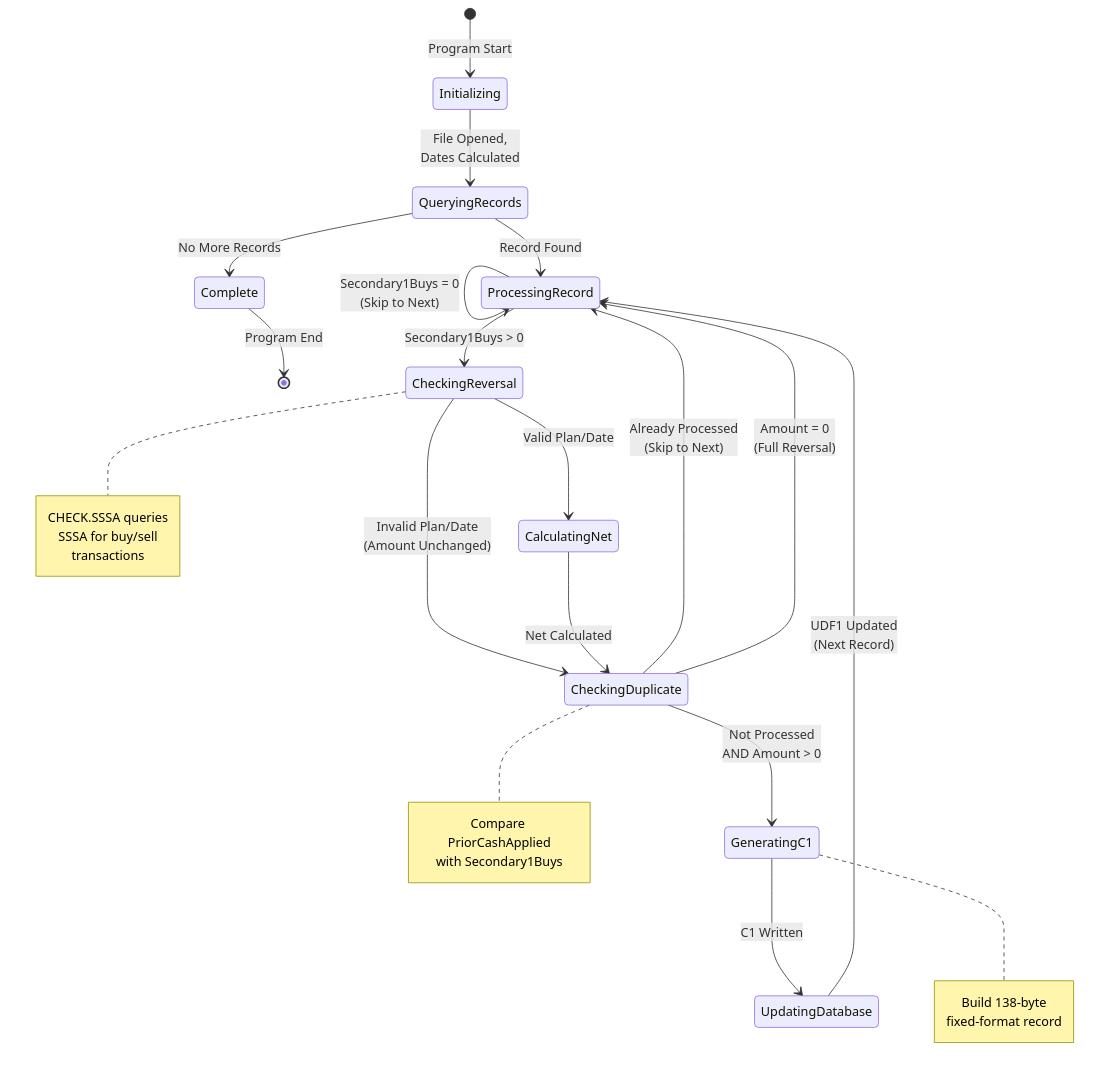
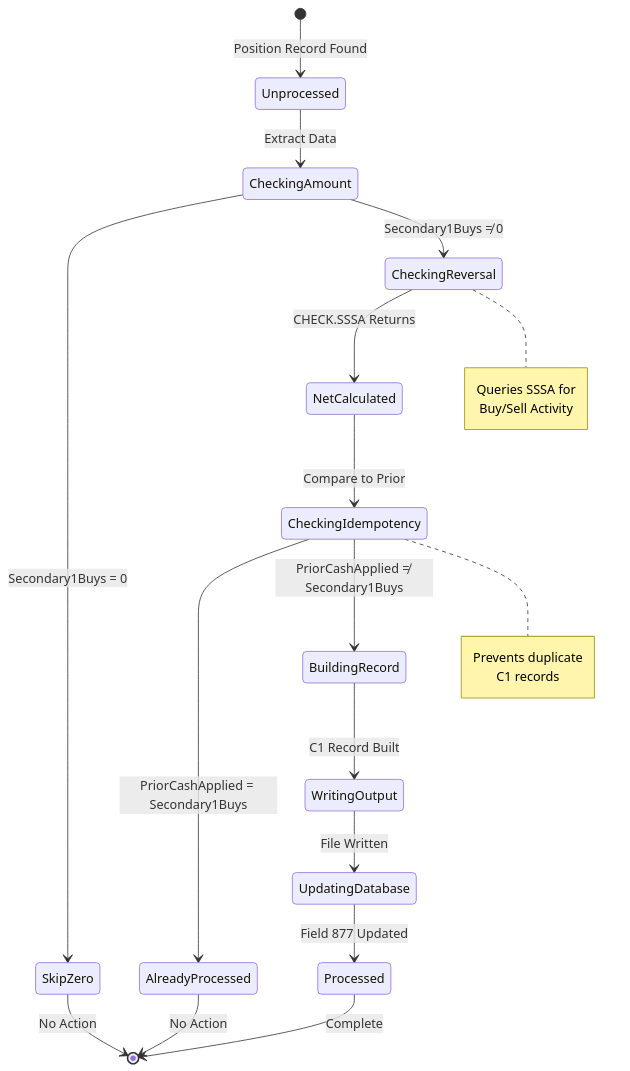
The fourth of 12 diagrams in omniscript-documentation/santized/GAP_NewLoanCash/GAP_NewLoanCash_DIAGRAMS.md (danismith-slalom1/bokf-poc), drawn with Mermaid before and after one commit. The commit also changed other lines of this file and 12 other files, not shown here.

````diff
--- a/omniscript-documentation/santized/GAP_NewLoanCash/GAP_NewLoanCash_DIAGRAMS.md
+++ b/omniscript-documentation/santized/GAP_NewLoanCash/GAP_NewLoanCash_DIAGRAMS.md
@@ -49,43 +123,32 @@
 ```mermaid
 stateDiagram-v2
-    [*] --> Initializing: Program Start
+    [*] --> Unprocessed: Position Record Found
     
-    Initializing --> QueryingRecords: File Opened,<br/>Dates Calculated
+    Unprocessed --> CheckingAmount: Extract Data
+    CheckingAmount --> SkipZero: Secondary1Buys = 0
+    CheckingAmount --> CheckingReversal: Secondary1Buys ≠ 0
     
-    QueryingRecords --> ProcessingRecord: Record Found
-    QueryingRecords --> Complete: No More Records
+    CheckingReversal --> NetCalculated: CHECK.SSSA Returns
     
-    ProcessingRecord --> CheckingReversal: Secondary1Buys > 0
-    ProcessingRecord --> ProcessingRecord: Secondary1Buys = 0<br/>(Skip to Next)
+    NetCalculated --> CheckingIdempotency: Compare to Prior
+    CheckingIdempotency --> AlreadyProcessed: PriorCashApplied = Secondary1Buys
+    CheckingIdempotency --> BuildingRecord: PriorCashApplied ≠ Secondary1Buys
     
-    CheckingReversal --> CalculatingNet: Valid Plan/Date
-    CheckingReversal --> CheckingDuplicate: Invalid Plan/Date<br/>(Amount Unchanged)
+    BuildingRecord --> WritingOutput: C1 Record Built
+    WritingOutput --> UpdatingDatabase: File Written
+    UpdatingDatabase --> Processed: Field 877 Updated
     
-    CalculatingNet --> CheckingDuplicate: Net Calculated
-    
-    CheckingDuplicate --> ProcessingRecord: Already Processed<br/>(Skip to Next)
-    CheckingDuplicate --> GeneratingC1: Not Processed<br/>AND Amount > 0
-    CheckingDuplicate --> ProcessingRecord: Amount = 0<br/>(Full Reversal)
-    
-    GeneratingC1 --> UpdatingDatabase: C1 Written
-    
-    UpdatingDatabase --> ProcessingRecord: UDF1 Updated<br/>(Next Record)
-    
-    Complete --> [*]: Program End
+    SkipZero --> [*]: No Action
+    AlreadyProcessed --> [*]: No Action
+    Processed --> [*]: Complete
     
     note right of CheckingReversal
-        CHECK.SSSA queries
-        SSSA for buy/sell
-        transactions
+        Queries SSSA for
+        Buy/Sell Activity
     end note
     
-    note right of CheckingDuplicate
-        Compare PriorCashApplied
-        with Secondary1Buys
-    end note
-    
-    note right of GeneratingC1
-        Build 138-byte
-        fixed-format record
+    note right of CheckingIdempotency
+        Prevents duplicate
+        C1 records
     end note
 ```
````
